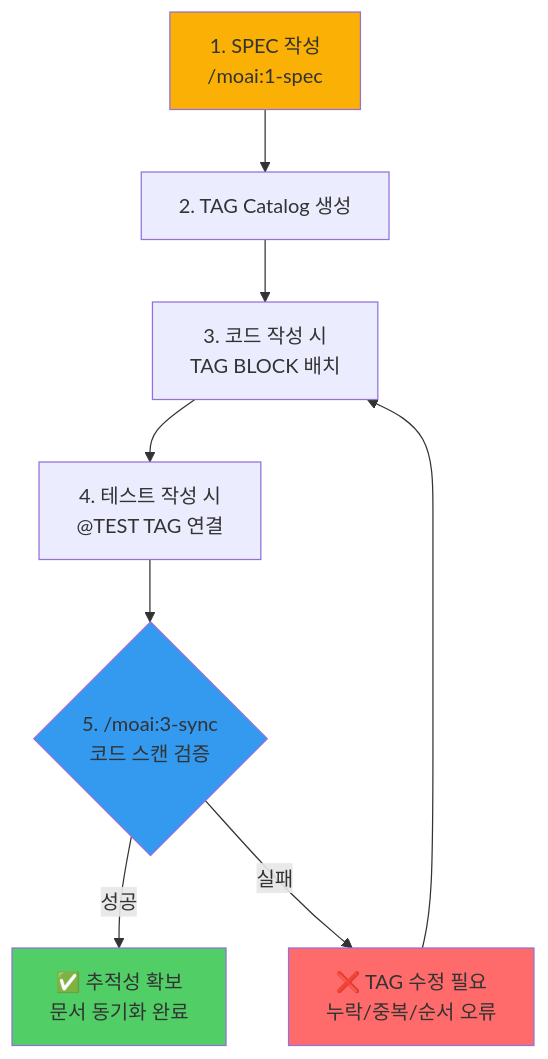
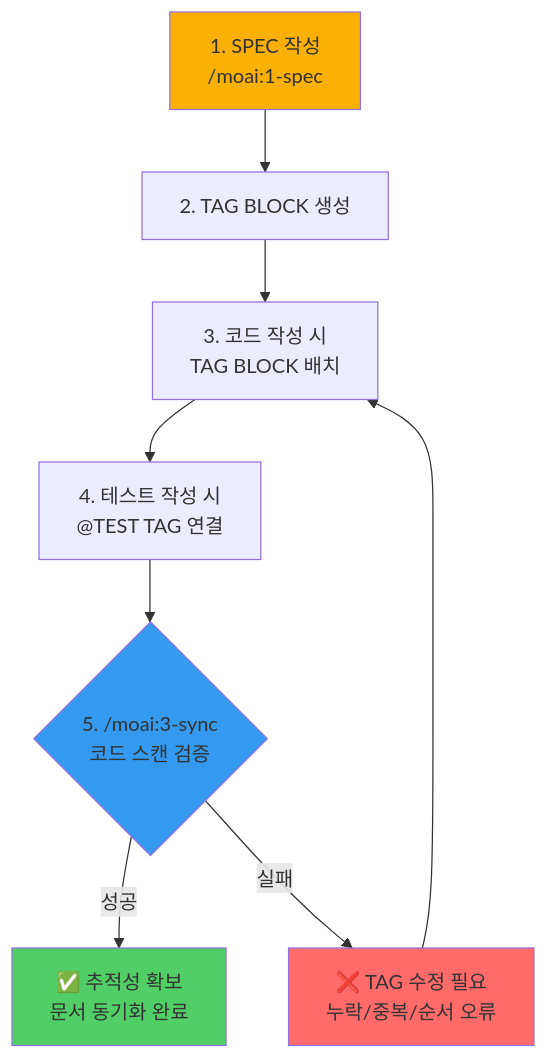
One commit to modu-ai/moai-adk changed the fourth of 4 diagrams in docs/guide/tag-system.md. Above: the diagram before and after it, drawn with Mermaid. The commit also changed other lines of this file and 151 other files, not shown here.

````diff
--- a/docs/guide/tag-system.md
+++ b/docs/guide/tag-system.md
@@ -458,15 +440,15 @@
 ```mermaid
 graph TD
-    A[1. SPEC 작성<br/>/moai:1-spec] --> B[2. TAG Catalog 생성]
+    A[1. SPEC 작성<br/>/moai:1-spec] --> B[2. TAG BLOCK 생성]
     B --> C[3. 코드 작성 시<br/>TAG BLOCK 배치]
     C --> D[4. 테스트 작성 시<br/>@TEST TAG 연결]
     D --> E{5. /moai:3-sync<br/>코드 스캔 검증}
     E -->|성공| F[✅ 추적성 확보<br/>문서 동기화 완료]
     E -->|실패| G[❌ TAG 수정 필요<br/>누락/중복/순서 오류]
     G --> C
 
     style A fill:#fab005
     style E fill:#339af0
     style F fill:#51cf66
     style G fill:#ff6b6b
 ```
````
